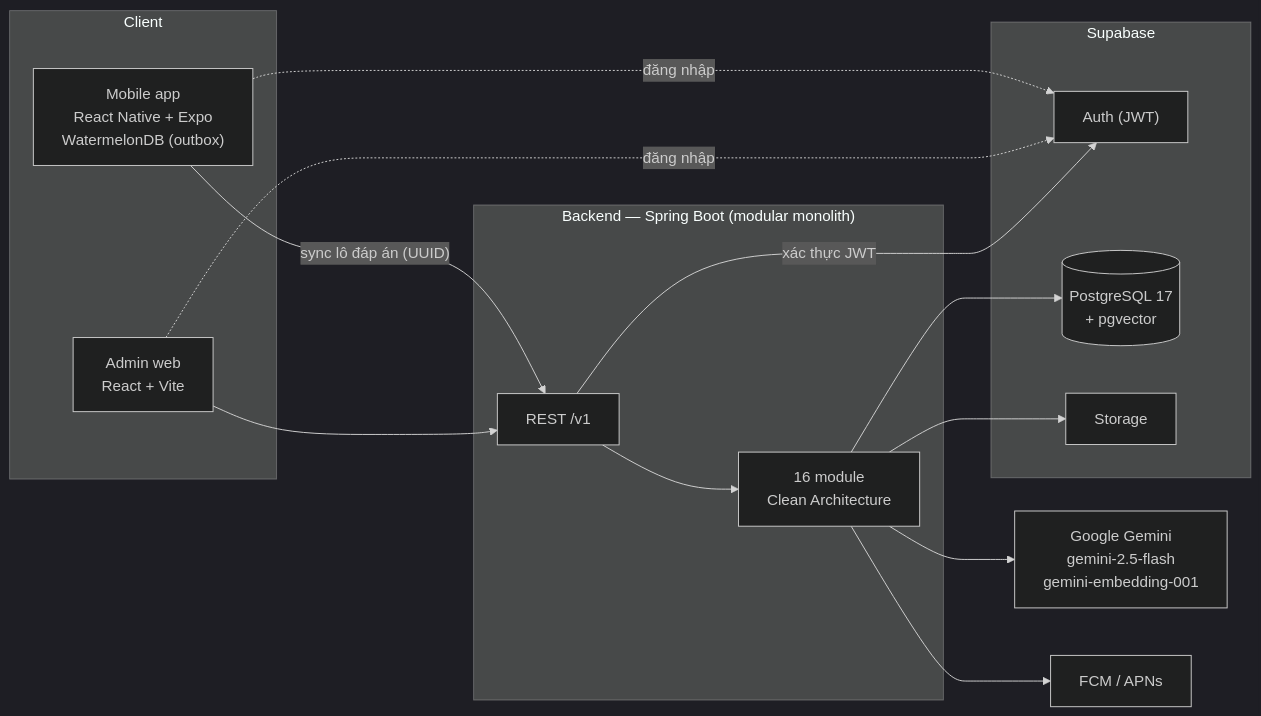
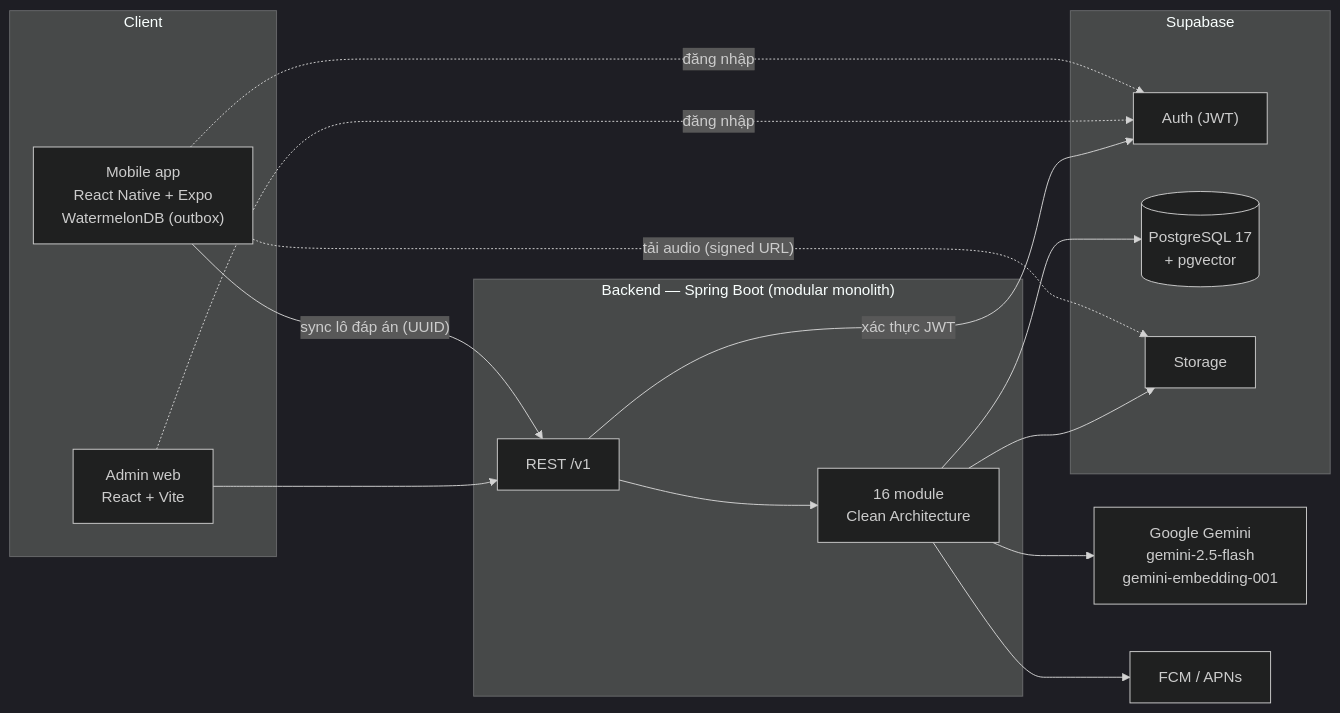
One commit to vanilalaaa/PELA changed the diagram in README.md. Above: the diagram before and after it, drawn with Mermaid (dark theme). The commit also changed other lines of this file and 3 other files, not shown here.

Commit message:
docs: align README and CONTRIBUTING with architecture review

````diff
--- a/README.md
+++ b/README.md
@@ -21,32 +21,33 @@
 ```mermaid
 flowchart LR
     subgraph Client
         M["Mobile app<br/>React Native + Expo<br/>WatermelonDB (outbox)"]
         W["Admin web<br/>React + Vite"]
     end
 
     subgraph Backend["Backend — Spring Boot (modular monolith)"]
         API["REST /v1"]
         MOD["16 module<br/>Clean Architecture"]
         API --> MOD
     end
 
     subgraph Supabase
         AUTH["Auth (JWT)"]
         DB[("PostgreSQL 17<br/>+ pgvector")]
         ST["Storage"]
     end
 
     GEM["Google Gemini<br/>gemini-2.5-flash<br/>gemini-embedding-001"]
     PUSH["FCM / APNs"]
 
     M -- "sync lô đáp án (UUID)" --> API
     W --> API
+    M -. "tải audio (signed URL)" .-> ST
     M -. đăng nhập .-> AUTH
     W -. đăng nhập .-> AUTH
     API -- "xác thực JWT" --> AUTH
     MOD --> DB
     MOD --> ST
     MOD --> GEM
     MOD --> PUSH
 ```
````
